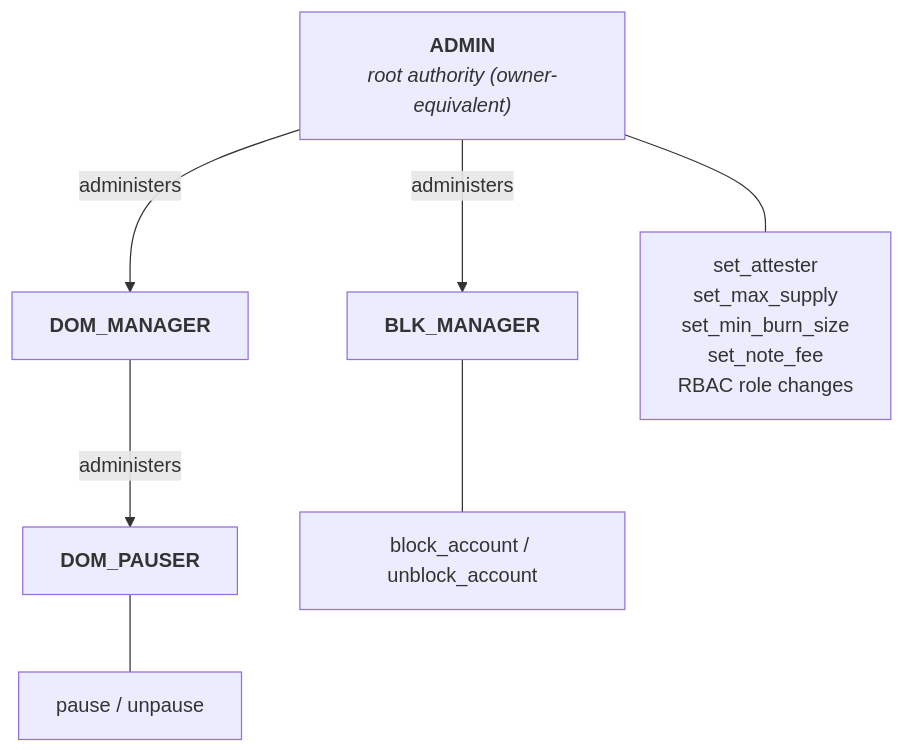
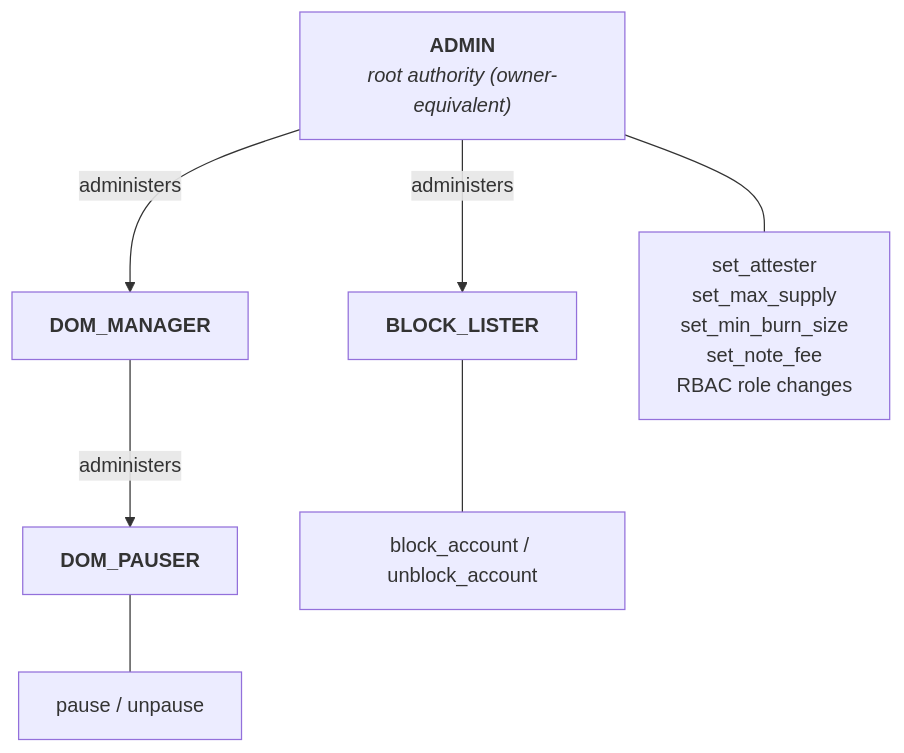
One commit to 0xMiden/miden-usdcx changed the diagram in docs/ARCHITECTURE.md. Above: the diagram before and after it, drawn with Mermaid. The commit also changed other lines of this file, not shown here.

Commit message:
docs: rename the blocklist role to BLOCK_LISTER

````diff
--- a/docs/ARCHITECTURE.md
+++ b/docs/ARCHITECTURE.md
@@ -100,13 +100,13 @@
 ```mermaid
 flowchart TD
     ADMIN["<b>ADMIN</b><br/><i>root authority (owner-equivalent)</i>"]
     DOM_MANAGER["<b>DOM_MANAGER</b>"]
     DOM_PAUSER["<b>DOM_PAUSER</b>"]
-    BLK_MANAGER["<b>BLK_MANAGER</b>"]
+    BLOCK_LISTER["<b>BLOCK_LISTER</b>"]
     ADMIN -->|administers| DOM_MANAGER
-    ADMIN -->|administers| BLK_MANAGER
+    ADMIN -->|administers| BLOCK_LISTER
     DOM_MANAGER -->|administers| DOM_PAUSER
     ADMIN --- A1["set_attester<br/>set_max_supply<br/>set_min_burn_size<br/>set_note_fee<br/>RBAC role changes"]
     DOM_PAUSER --- A2["pause / unpause"]
-    BLK_MANAGER --- A3["block_account / unblock_account"]
+    BLOCK_LISTER --- A3["block_account / unblock_account"]
 ```
````
